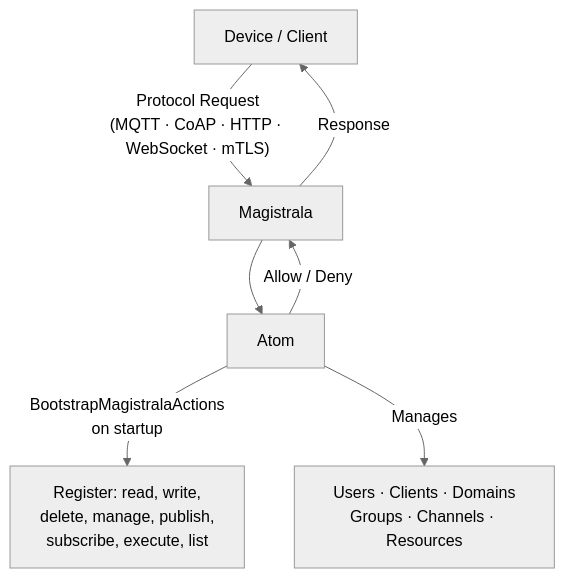
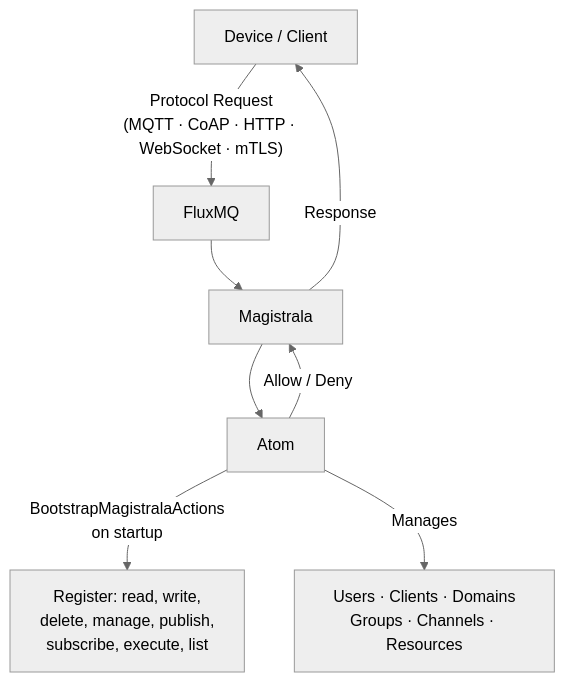
Before and after one commit to absmach/website: the first of 2 diagrams in src/content/blogs/magistrala-x-atom-release.md, drawn with Mermaid (neutral theme). The commit also changed 1 other file, not shown here.

Commit message:
fix mermaid diagram

````diff
--- a/src/content/blogs/magistrala-x-atom-release.md
+++ b/src/content/blogs/magistrala-x-atom-release.md
@@ -31,9 +31,10 @@
 ```mermaid
 flowchart TD
-    Device["Device / Client"] -->|"Protocol Request\n(MQTT · CoAP · HTTP · WebSocket · mTLS)"| MG["Magistrala"]
+    Device["Device / Client"] -->|"Protocol Request\n(MQTT · CoAP · HTTP · WebSocket · mTLS)"| FLUXMQ["FluxMQ"]
+    FLUXMQ --> MG["Magistrala"]
     MG --> ATOM["Atom"]
     ATOM -->|"BootstrapMagistralaActions\non startup"| ACTIONS["Register: read, write,\ndelete, manage, publish,\nsubscribe, execute, list"]
     ATOM -->|"Manages"| ENTITIES["Users · Clients · Domains\nGroups · Channels · Resources"]
     ATOM -->|"Allow / Deny"| MG
     MG -->|"Response"| Device
 ```
````
